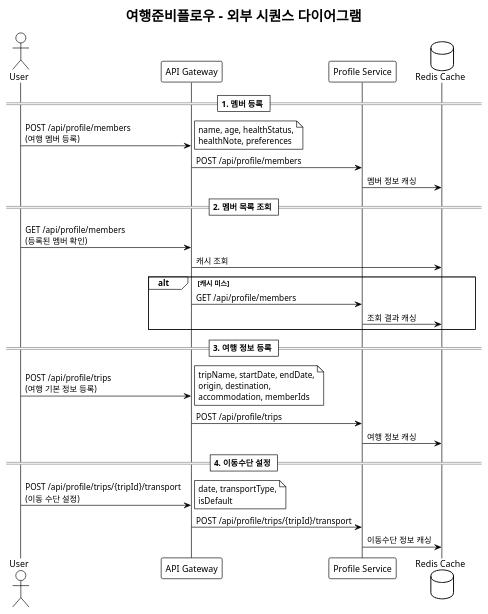
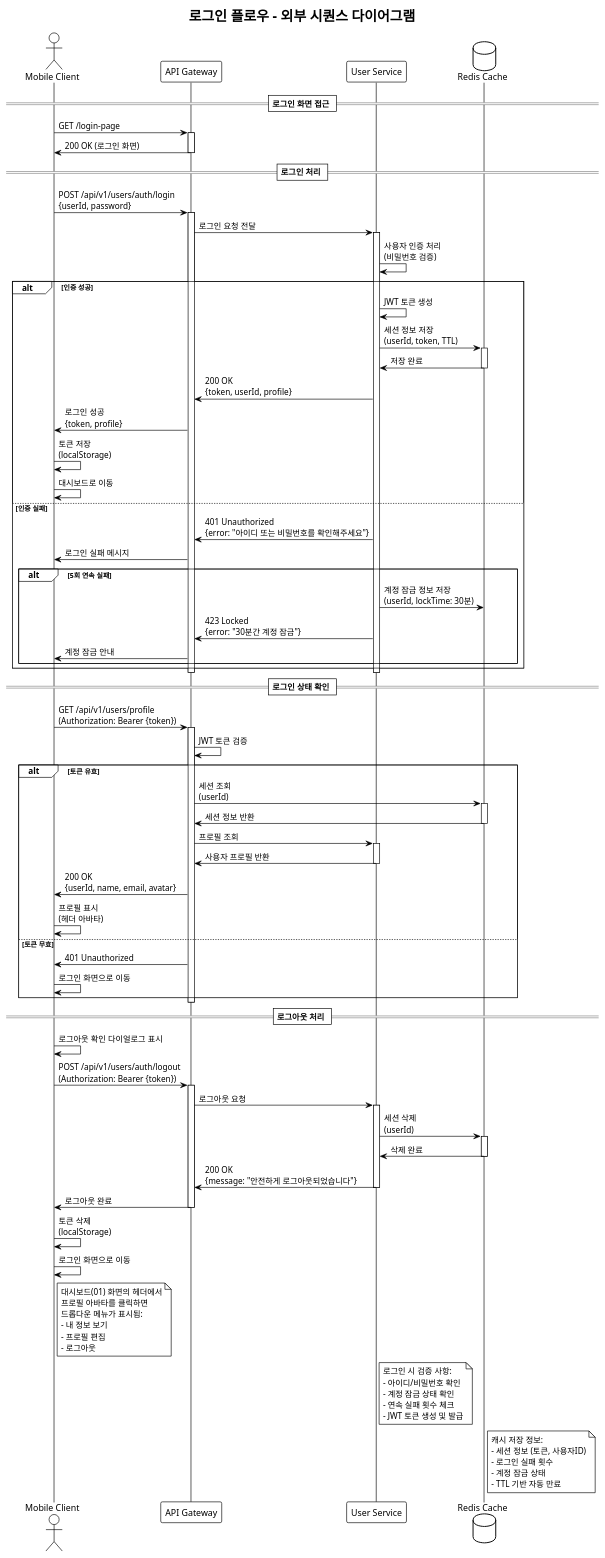
One commit to cna-bootcamp/clauding-guide changed the diagram in samples/sample_시퀀스설계서(외부).puml. Above: the diagram before and after it, drawn with PlantUML. The commit also changed 6 other files, not shown here.

```diff
--- a/samples/sample_시퀀스설계서(외부).puml
+++ b/samples/sample_시퀀스설계서(외부).puml
@@ -1,40 +1,126 @@
-@startuml
+@startuml 로그인플로우
 !theme mono
 
-title 여행준비플로우 - 외부 시퀀스 다이어그램
+title 로그인 플로우 - 외부 시퀀스 다이어그램
 
-actor User
+actor "Mobile Client" as Client
 participant "API Gateway" as Gateway
-participant "Profile Service" as Profile
+participant "User Service" as UserService
 database "Redis Cache" as Redis
 
-== 1. 멤버 등록 ==
-User -> Gateway: POST /api/profile/members\n(여행 멤버 등록)
-note right: name, age, healthStatus,\nhealthNote, preferences
-Gateway -> Profile: POST /api/profile/members
+== 로그인 화면 접근 ==
+Client -> Gateway: GET /login-page
+activate Gateway
+Gateway -> Client: 200 OK (로그인 화면)
+deactivate Gateway
 
-Profile -> Redis: 멤버 정보 캐싱
+== 로그인 처리 ==
+Client -> Gateway: POST /api/v1/users/auth/login\n{userId, password}
+activate Gateway
 
-== 2. 멤버 목록 조회 ==
-User -> Gateway: GET /api/profile/members\n(등록된 멤버 확인)
-Gateway -> Redis: 캐시 조회
-alt 캐시 미스
-    Gateway -> Profile: GET /api/profile/members
-    Profile -> Redis: 조회 결과 캐싱
+Gateway -> UserService: 로그인 요청 전달
+activate UserService
+
+UserService -> UserService: 사용자 인증 처리\n(비밀번호 검증)
+
+alt 인증 성공
+    UserService -> UserService: JWT 토큰 생성
+    UserService -> Redis: 세션 정보 저장\n(userId, token, TTL)
+    activate Redis
+    Redis -> UserService: 저장 완료
+    deactivate Redis
+    
+    UserService -> Gateway: 200 OK\n{token, userId, profile}
+    Gateway -> Client: 로그인 성공\n{token, profile}
+    
+    Client -> Client: 토큰 저장\n(localStorage)
+    Client -> Client: 대시보드로 이동
+    
+else 인증 실패
+    UserService -> Gateway: 401 Unauthorized\n{error: "아이디 또는 비밀번호를 확인해주세요"}
+    Gateway -> Client: 로그인 실패 메시지
+    
+    alt 5회 연속 실패
+        UserService -> Redis: 계정 잠금 정보 저장\n(userId, lockTime: 30분)
+        UserService -> Gateway: 423 Locked\n{error: "30분간 계정 잠금"}
+        Gateway -> Client: 계정 잠금 안내
+    end
 end
 
-== 3. 여행 정보 등록 ==
-User -> Gateway: POST /api/profile/trips\n(여행 기본 정보 등록)
-note right: tripName, startDate, endDate,\norigin, destination,\naccommodation, memberIds
-Gateway -> Profile: POST /api/profile/trips
+deactivate UserService
+deactivate Gateway
 
-Profile -> Redis: 여행 정보 캐싱
+== 로그인 상태 확인 ==
+Client -> Gateway: GET /api/v1/users/profile\n(Authorization: Bearer {token})
+activate Gateway
 
-== 4. 이동수단 설정 ==
-User -> Gateway: POST /api/profile/trips/{tripId}/transport\n(이동 수단 설정)
-note right: date, transportType,\nisDefault
-Gateway -> Profile: POST /api/profile/trips/{tripId}/transport
+Gateway -> Gateway: JWT 토큰 검증
 
-Profile -> Redis: 이동수단 정보 캐싱
+alt 토큰 유효
+    Gateway -> Redis: 세션 조회\n(userId)
+    activate Redis
+    Redis -> Gateway: 세션 정보 반환
+    deactivate Redis
+    
+    Gateway -> UserService: 프로필 조회
+    activate UserService
+    UserService -> Gateway: 사용자 프로필 반환
+    deactivate UserService
+    
+    Gateway -> Client: 200 OK\n{userId, name, email, avatar}
+    Client -> Client: 프로필 표시\n(헤더 아바타)
+else 토큰 무효
+    Gateway -> Client: 401 Unauthorized
+    Client -> Client: 로그인 화면으로 이동
+end
+
+deactivate Gateway
+
+== 로그아웃 처리 ==
+Client -> Client: 로그아웃 확인 다이얼로그 표시
+Client -> Gateway: POST /api/v1/users/auth/logout\n(Authorization: Bearer {token})
+activate Gateway
+
+Gateway -> UserService: 로그아웃 요청
+activate UserService
+
+UserService -> Redis: 세션 삭제\n(userId)
+activate Redis
+Redis -> UserService: 삭제 완료
+deactivate Redis
+
+UserService -> Gateway: 200 OK\n{message: "안전하게 로그아웃되었습니다"}
+deactivate UserService
+
+Gateway -> Client: 로그아웃 완료
+deactivate Gateway
+
+Client -> Client: 토큰 삭제\n(localStorage)
+Client -> Client: 로그인 화면으로 이동
+
+note right of Client
+대시보드(01) 화면의 헤더에서
+프로필 아바타를 클릭하면
+드롭다운 메뉴가 표시됨:
+- 내 정보 보기
+- 프로필 편집 
+- 로그아웃
+end note
+
+note right of UserService
+로그인 시 검증 사항:
+- 아이디/비밀번호 확인
+- 계정 잠금 상태 확인
+- 연속 실패 횟수 체크
+- JWT 토큰 생성 및 발급
+end note
+
+note right of Redis
+캐시 저장 정보:
+- 세션 정보 (토큰, 사용자ID)
+- 로그인 실패 횟수
+- 계정 잠금 상태
+- TTL 기반 자동 만료
+end note
 
 @enduml
```
